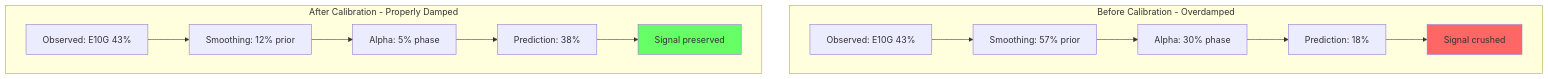
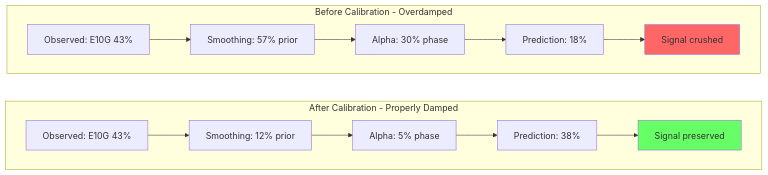
The second of 2 diagrams in docs/OPPONENT_MODELING.md (murr2k/snowdrop-tangled-agents), drawn with Mermaid before and after one commit.

Commit message:
fix: Stack System Response diagrams vertically with horizontal flow
- Before: 5 boxes left-to-right
- After: 5 boxes left-to-right, below Before

````diff
--- a/docs/OPPONENT_MODELING.md
+++ b/docs/OPPONENT_MODELING.md
@@ -466,19 +466,23 @@
 ```mermaid
 flowchart TB
-    subgraph "Before Calibration - Overdamped"
+    subgraph before ["Before Calibration - Overdamped"]
+        direction LR
         A1["Observed: E10G 43%"] --> B1["Smoothing: 57% prior"]
         B1 --> C1["Alpha: 30% phase"]
         C1 --> D1["Prediction: 18%"]
         D1 --> E1["Signal crushed"]
     end
 
-    subgraph "After Calibration - Properly Damped"
+    subgraph after ["After Calibration - Properly Damped"]
+        direction LR
         A2["Observed: E10G 43%"] --> B2["Smoothing: 12% prior"]
         B2 --> C2["Alpha: 5% phase"]
         C2 --> D2["Prediction: 38%"]
         D2 --> E2["Signal preserved"]
     end
 
+    before ~~~ after
+
     style E1 fill:#f66
     style E2 fill:#6f6
 ```
````
